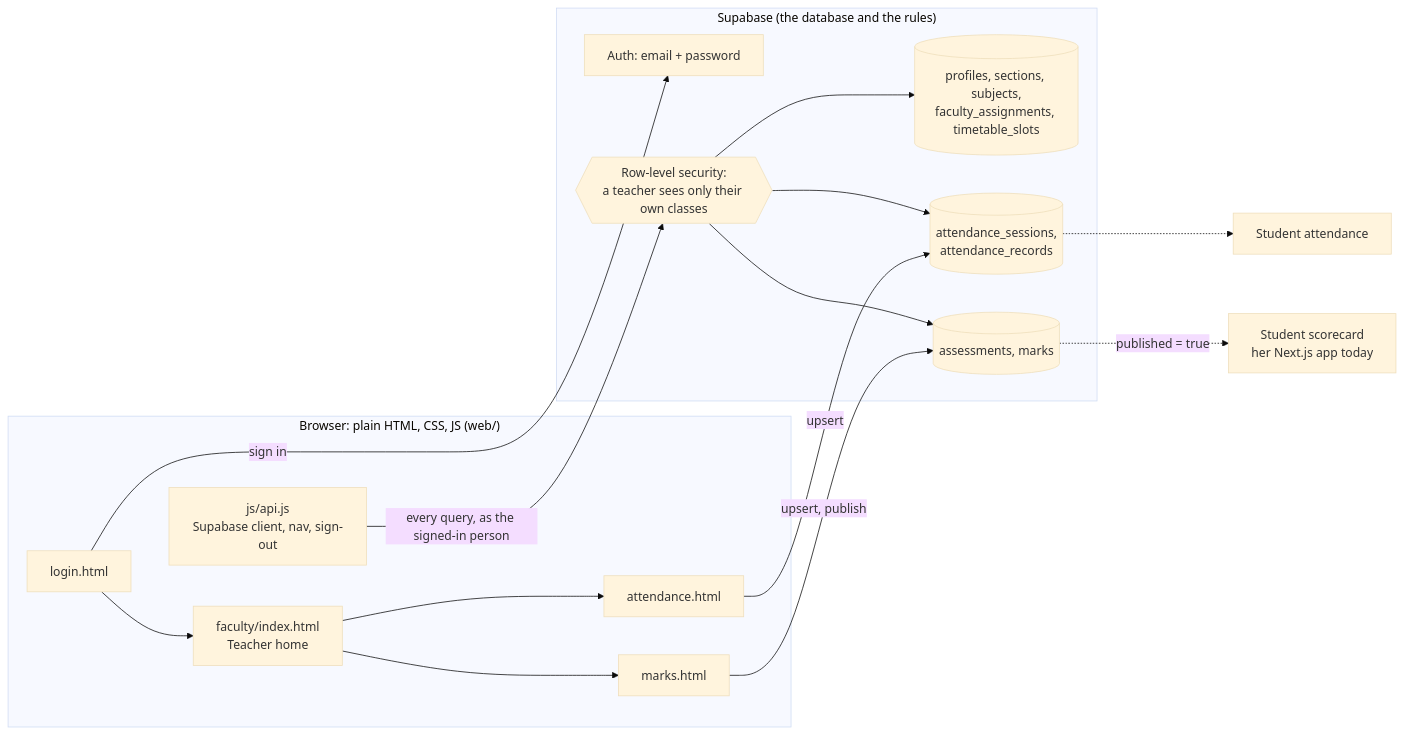
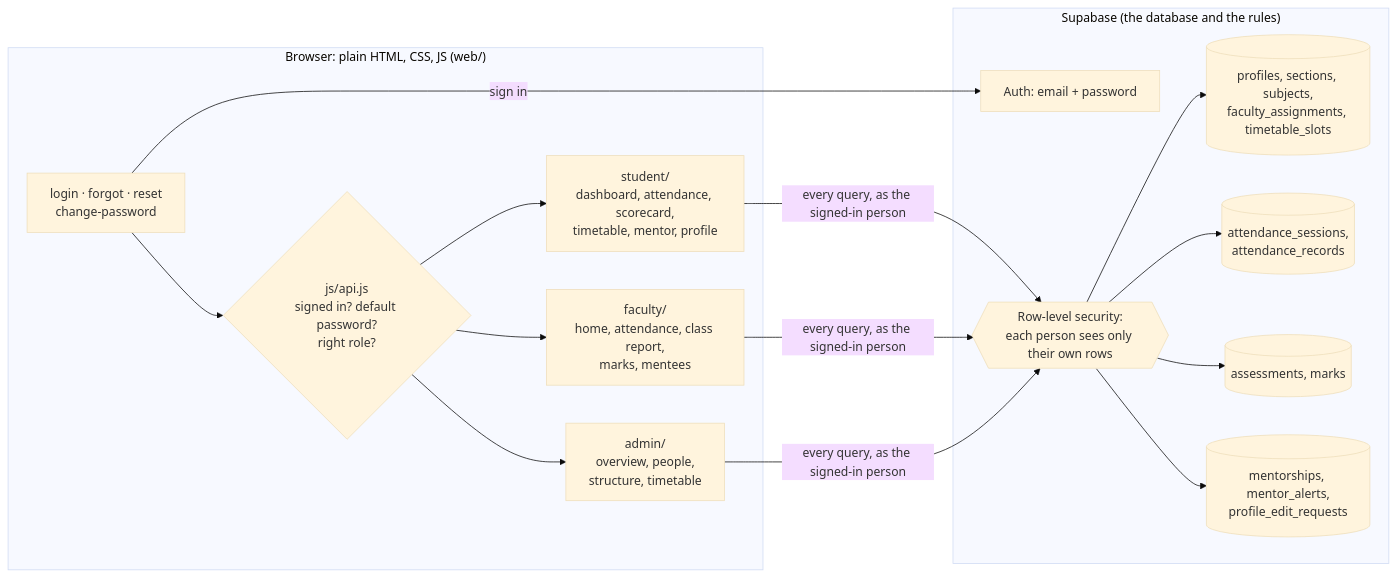
One commit to 0xMoni/NEST changed the diagram in docs/how-it-works.md. Above: the diagram before and after it, drawn with Mermaid (base theme). The commit also changed other lines of this file and 140 other files, not shown here.

First line of the commit message:
Make the plain-HTML frontend the app, and finish it for all three roles

````diff
--- a/docs/how-it-works.md
+++ b/docs/how-it-works.md
@@ -3,23 +3,20 @@
 ```mermaid
 flowchart LR
   subgraph Browser["Browser: plain HTML, CSS, JS (web/)"]
-    L[login.html] --> H[faculty/index.html<br/>Teacher home]
-    H --> A[attendance.html]
-    H --> M[marks.html]
-    API[js/api.js<br/>Supabase client, nav, sign-out]
+    L[login · forgot · reset<br/>change-password] --> G{js/api.js<br/>signed in? default password?<br/>right role?}
+    G --> ST[student/<br/>dashboard, attendance, scorecard,<br/>timetable, mentor, profile]
+    G --> FA[faculty/<br/>home, attendance, class report,<br/>marks, mentees]
+    G --> AD[admin/<br/>overview, people,<br/>structure, timetable]
   end
   subgraph Supabase["Supabase (the database and the rules)"]
     AU[Auth: email + password]
-    RLS{{Row-level security:<br/>a teacher sees only their own classes}}
+    RLS{{Row-level security:<br/>each person sees only their own rows}}
     T[(profiles, sections, subjects,<br/>faculty_assignments, timetable_slots)]
     AT[(attendance_sessions,<br/>attendance_records)]
     MK[(assessments, marks)]
+    MN[(mentorships, mentor_alerts,<br/>profile_edit_requests)]
   end
   L -- sign in --> AU
-  API -- every query, as the signed-in person --> RLS
-  RLS --> T & AT & MK
-  A -- upsert --> AT
-  M -- upsert, publish --> MK
-  MK -. published = true .-> S[Student scorecard<br/>her Next.js app today]
-  AT -.-> S2[Student attendance]
+  ST & FA & AD -- every query, as the signed-in person --> RLS
+  RLS --> T & AT & MK & MN
 ```
````
